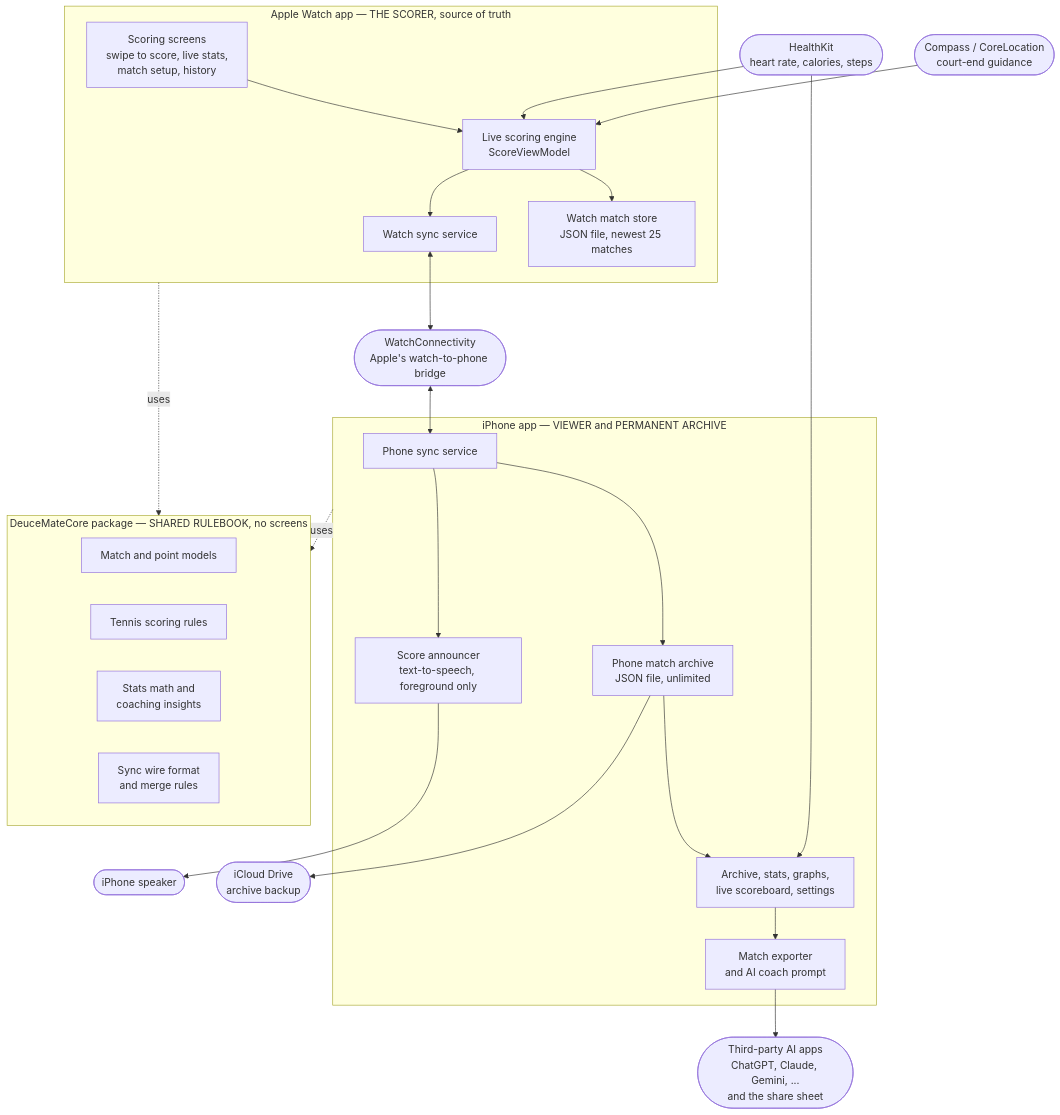
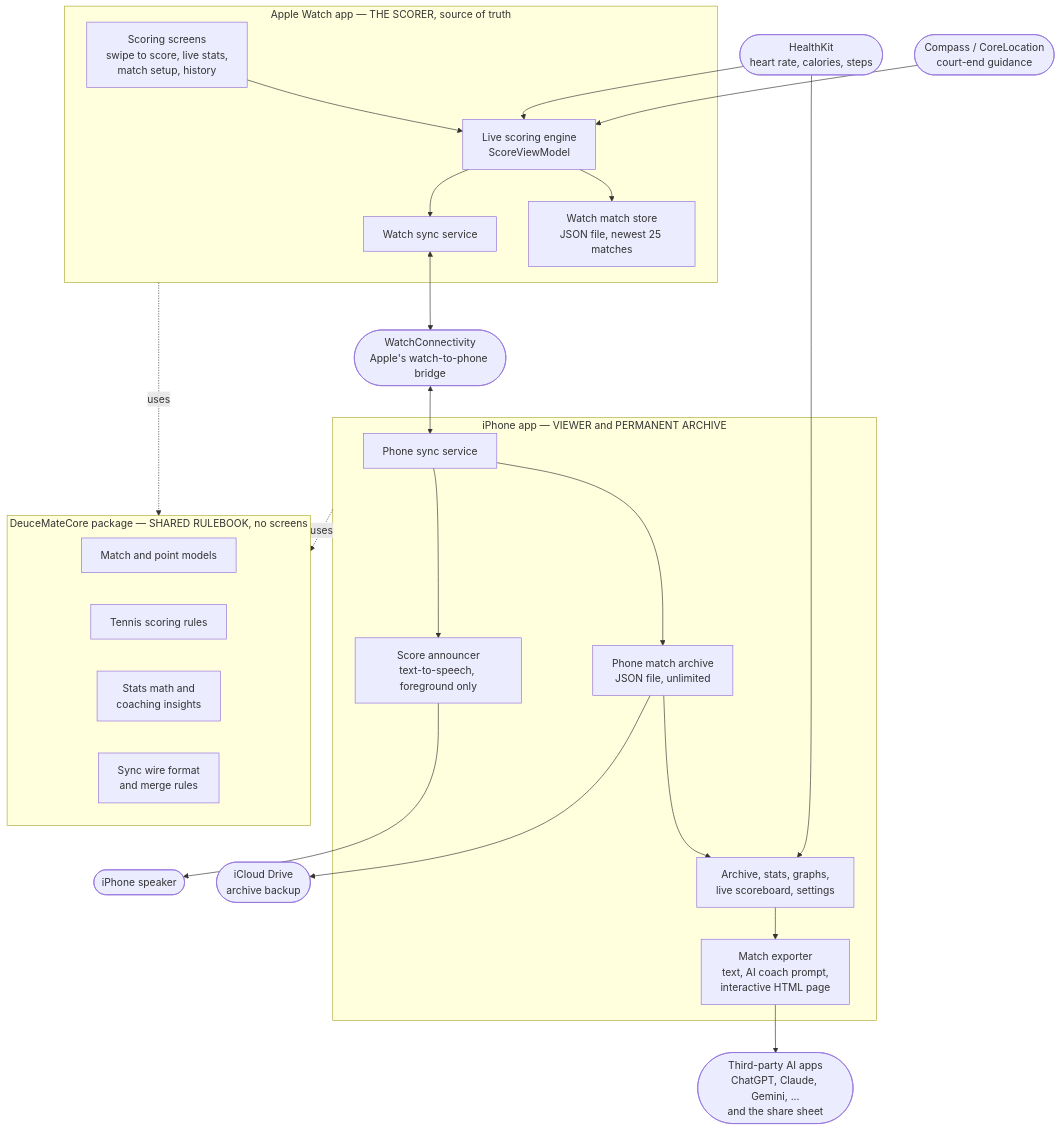
One commit to EMRahman/DeuceMate changed the diagram in docs/architecture/README.md. Above: the diagram before and after it, drawn with Mermaid. The commit also changed 1 other file, not shown here.

Commit message:
docs: surface interactive HTML export in architecture narrative & topology
The WebExport feature was fully documented in its dedicated plan and the
file inventory, but the architecture story lagged: match-lifecycle Stage 8
listed only text/AI-prompt export, and the README topology's EXPORT node
named only "match exporter and AI coach prompt". Add the interactive HTML
page as the third export mode in both, with the WebExport file list and a
cross-reference to INTERACTIVE_HTML_EXPORT_PLAN.md.

Claude-Session: https://claude.ai/code/session_01X9wtnsc3RZBb3QxvcLwZac

````diff
--- a/docs/architecture/README.md
+++ b/docs/architecture/README.md
@@ -38,54 +38,54 @@
 ```mermaid
 flowchart TB
     subgraph WATCH["Apple Watch app — THE SCORER, source of truth"]
         WUI["Scoring screens<br/>swipe to score, live stats,<br/>match setup, history"]
         WVM["Live scoring engine<br/>ScoreViewModel"]
         WSTORE["Watch match store<br/>JSON file, newest 25 matches"]
         WSYNC["Watch sync service"]
         WUI --> WVM
         WVM --> WSTORE
         WVM --> WSYNC
     end
 
     subgraph PHONE["iPhone app — VIEWER and PERMANENT ARCHIVE"]
         PSYNC["Phone sync service"]
         PSTORE["Phone match archive<br/>JSON file, unlimited"]
         PUI["Archive, stats, graphs,<br/>live scoreboard, settings"]
         TTS["Score announcer<br/>text-to-speech, foreground only"]
-        EXPORT["Match exporter<br/>and AI coach prompt"]
+        EXPORT["Match exporter<br/>text, AI coach prompt,<br/>interactive HTML page"]
         PSYNC --> PSTORE
         PSYNC --> TTS
         PSTORE --> PUI
         PUI --> EXPORT
     end
 
     subgraph CORE["DeuceMateCore package — SHARED RULEBOOK, no screens"]
         MODELS["Match and point models"]
         RULES["Tennis scoring rules"]
         STATS["Stats math and<br/>coaching insights"]
         WIRE["Sync wire format<br/>and merge rules"]
     end
 
     WC(["WatchConnectivity<br/>Apple's watch-to-phone bridge"])
     WSYNC <--> WC
     WC <--> PSYNC
 
     HK(["HealthKit<br/>heart rate, calories, steps"])
     HK --> WVM
     HK --> PUI
 
     COMPASS(["Compass / CoreLocation<br/>court-end guidance"])
     COMPASS --> WVM
 
     ICLOUD(["iCloud Drive<br/>archive backup"])
     PSTORE --> ICLOUD
 
     SPEAKER(["iPhone speaker"])
     TTS --> SPEAKER
 
     AIAPPS(["Third-party AI apps<br/>ChatGPT, Claude, Gemini, ...<br/>and the share sheet"])
     EXPORT --> AIAPPS
 
     WATCH -. uses .-> CORE
     PHONE -. uses .-> CORE
 ```
````
